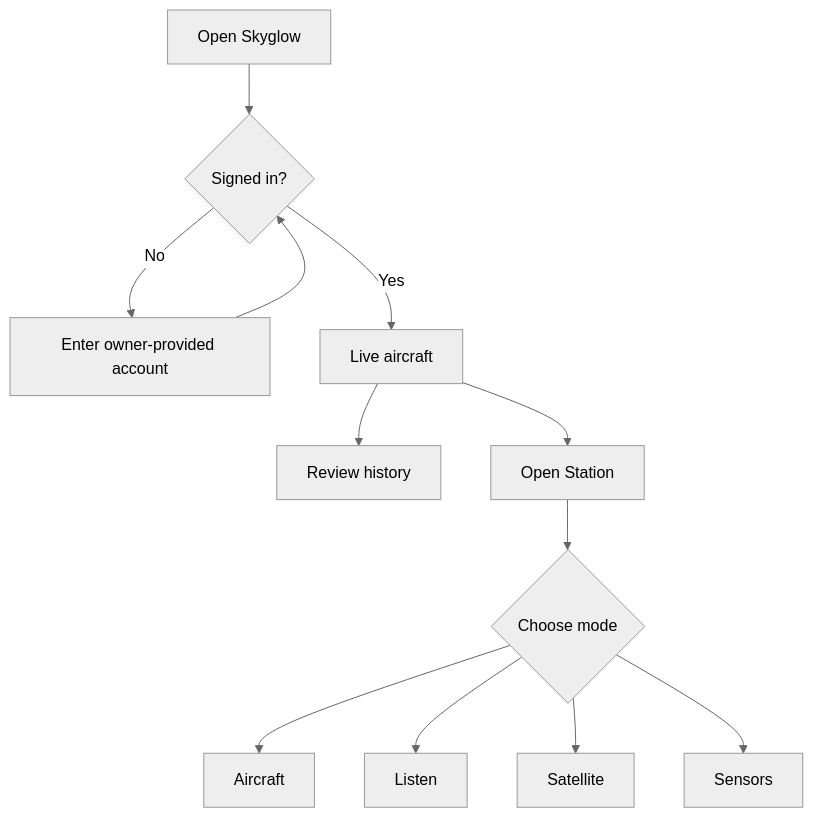
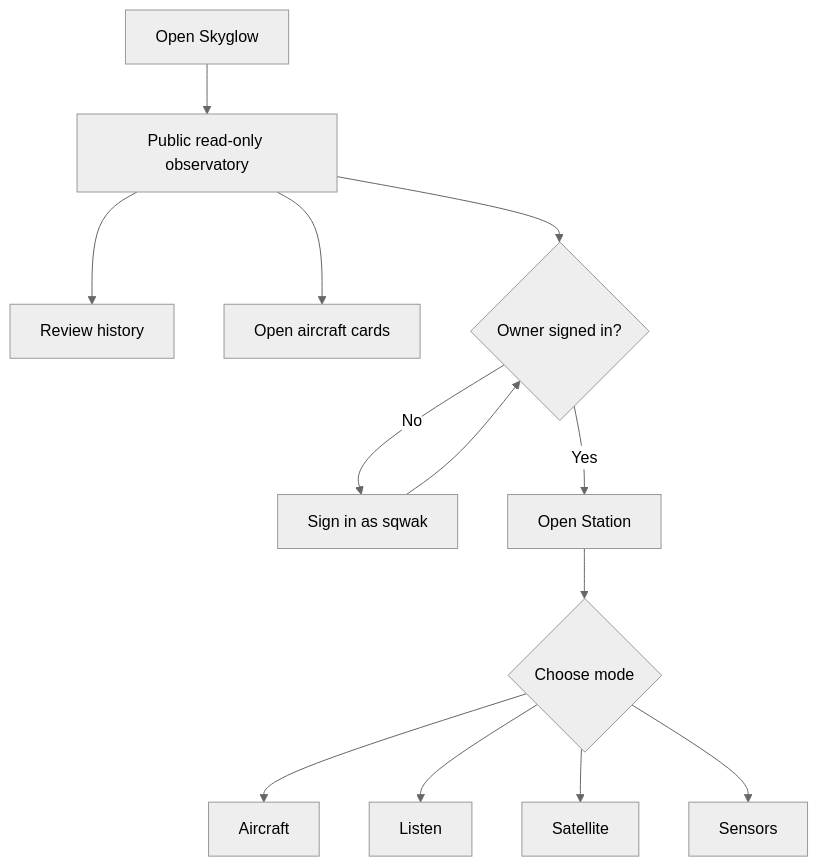
One commit to ramideltoro/skyglow changed the first of 2 diagrams in wiki/skyglow/use.md. Above: the diagram before and after it, drawn with Mermaid (neutral theme). The commit also changed other lines of this file and 17 other files, not shown here.

````diff
--- a/wiki/skyglow/use.md
+++ b/wiki/skyglow/use.md
@@ -12,14 +12,15 @@
 ```mermaid
 flowchart TD
-    Open[Open Skyglow] --> Session{Signed in?}
-    Session -- No --> Login[Enter owner-provided account]
+    Open[Open Skyglow] --> Live[Public read-only observatory]
+    Live --> Replay[Review history]
+    Live --> Detail[Open aircraft cards]
+    Live --> Session{Owner signed in?}
+    Session -- No --> Login[Sign in as sqwak]
     Login --> Session
-    Session -- Yes --> Live[Live aircraft]
-    Live --> Replay[Review history]
-    Live --> Station[Open Station]
+    Session -- Yes --> Station[Open Station]
     Station --> Mode{Choose mode}
     Mode --> Aircraft[Aircraft]
     Mode --> Listen[Listen]
     Mode --> Satellite[Satellite]
     Mode --> Sensors[Sensors]
 ```
````
